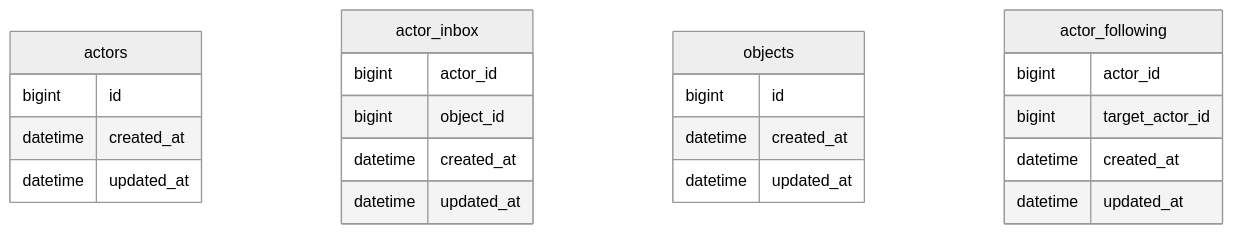
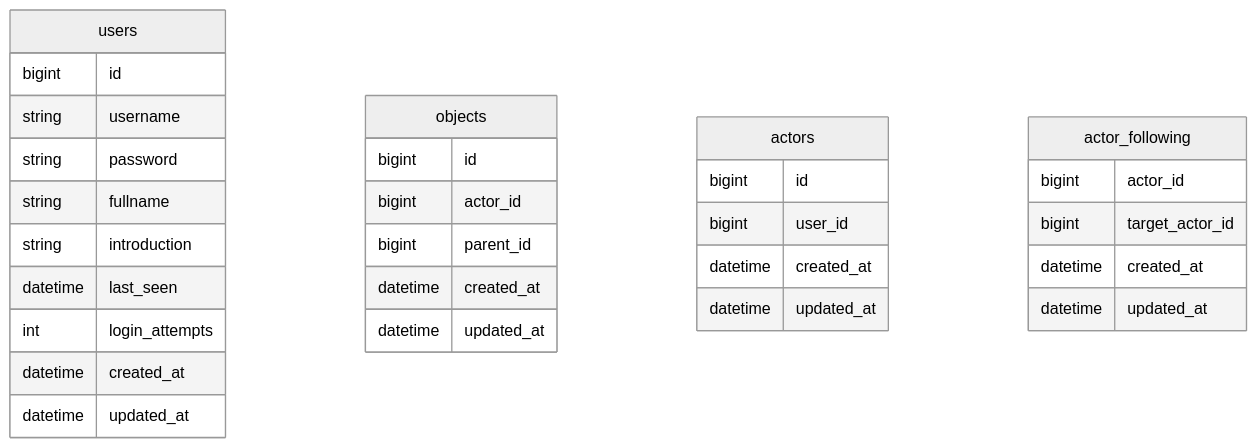
One commit to cleskowsky/activitypub changed the diagram in db/mermaid_er.md. Above: the diagram before and after it, drawn with Mermaid (neutral theme). The commit also changed other lines of this file and 6 other files, not shown here.

````diff
--- a/db/mermaid_er.md
+++ b/db/mermaid_er.md
@@ -1,28 +1,36 @@
 ```mermaid
 erDiagram
-    actors {
+    users {
         bigint id
-        datetime created_at
-        datetime updated_at
-    }
-
-    actor_inbox {
-        bigint actor_id
-        bigint object_id
+        string username
+        string password
+        string fullname
+        string introduction
+        datetime last_seen
+        int login_attempts
         datetime created_at
         datetime updated_at
     }
 
     objects {
         bigint id
+        bigint actor_id
+        bigint parent_id
         datetime created_at
         datetime updated_at
     }
-    
+
+    actors {
+        bigint id
+        bigint user_id
+        datetime created_at
+        datetime updated_at
+    }
+
     actor_following {
         bigint actor_id
         bigint target_actor_id
         datetime created_at
         datetime updated_at
     }
 ```
````
